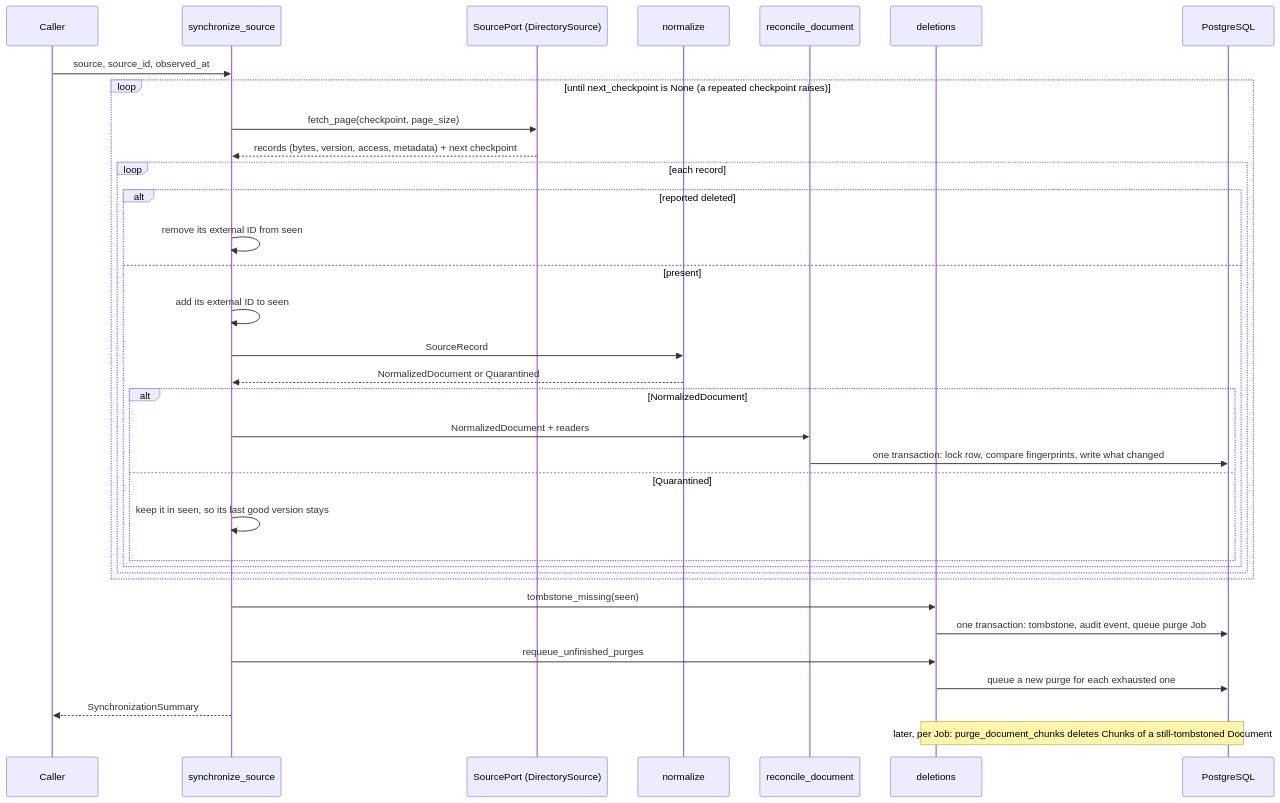
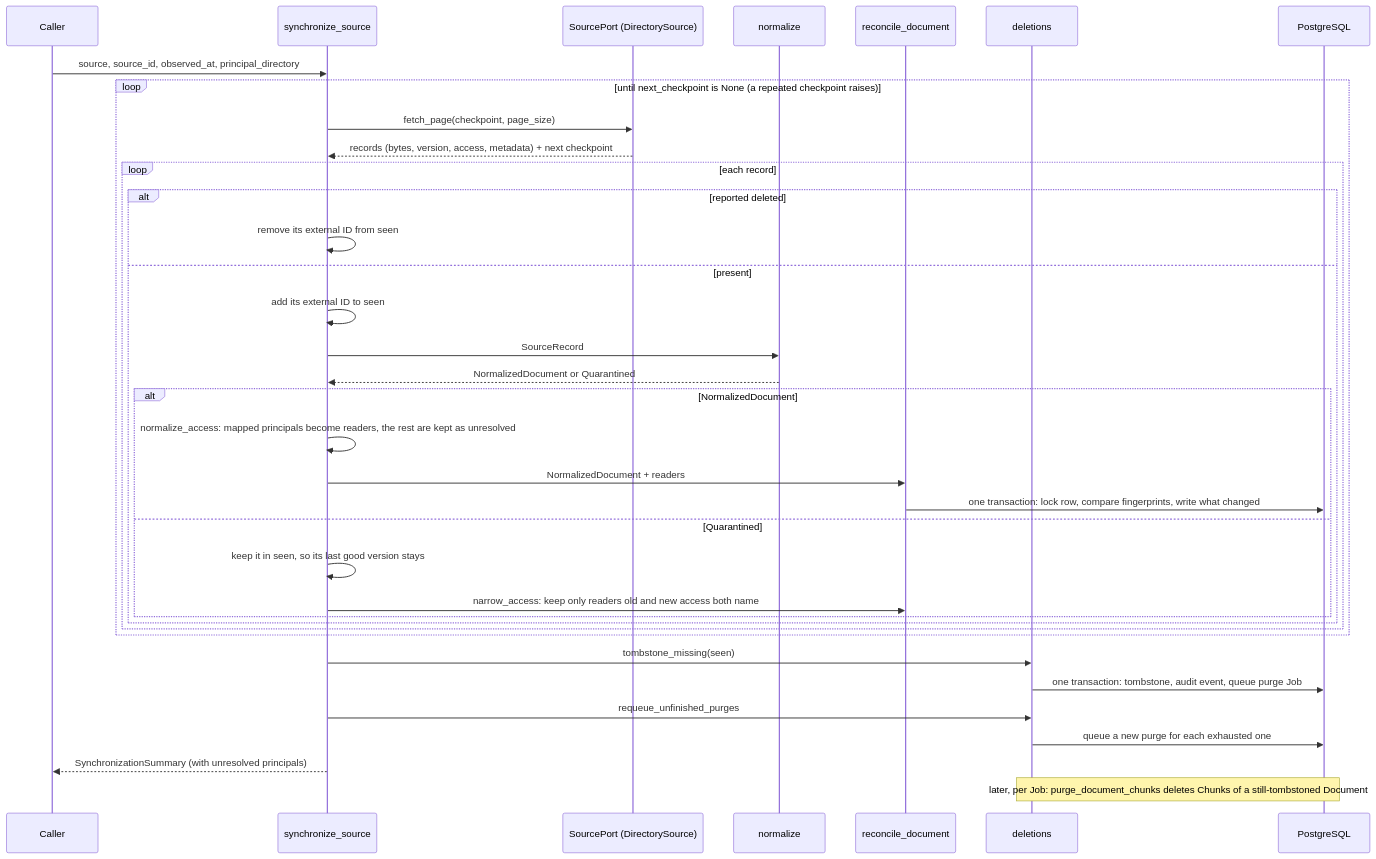
One commit to ivanverenich/knowledge-service changed the fifth of 10 diagrams in docs/architecture.md. Above: the diagram before and after it, drawn with Mermaid. The commit also changed other lines of this file and 15 other files, not shown here.

````diff
--- a/docs/architecture.md
+++ b/docs/architecture.md
@@ -197,36 +197,38 @@
 ```mermaid
 sequenceDiagram
     participant Caller
     participant Sync as synchronize_source
     participant Source as SourcePort (DirectorySource)
     participant Norm as normalize
     participant Rec as reconcile_document
     participant Del as deletions
     participant DB as PostgreSQL
-    Caller->>Sync: source, source_id, observed_at
+    Caller->>Sync: source, source_id, observed_at, principal_directory
     loop until next_checkpoint is None (a repeated checkpoint raises)
         Sync->>Source: fetch_page(checkpoint, page_size)
         Source-->>Sync: records (bytes, version, access, metadata) + next checkpoint
         loop each record
             alt reported deleted
                 Sync->>Sync: remove its external ID from seen
             else present
                 Sync->>Sync: add its external ID to seen
                 Sync->>Norm: SourceRecord
                 Norm-->>Sync: NormalizedDocument or Quarantined
                 alt NormalizedDocument
+                    Sync->>Sync: normalize_access: mapped principals become readers, the rest are kept as unresolved
                     Sync->>Rec: NormalizedDocument + readers
                     Rec->>DB: one transaction: lock row, compare fingerprints, write what changed
                 else Quarantined
                     Sync->>Sync: keep it in seen, so its last good version stays
+                    Sync->>Rec: narrow_access: keep only readers old and new access both name
                 end
             end
         end
     end
     Sync->>Del: tombstone_missing(seen)
     Del->>DB: one transaction: tombstone, audit event, queue purge Job
     Sync->>Del: requeue_unfinished_purges
     Del->>DB: queue a new purge for each exhausted one
-    Sync-->>Caller: SynchronizationSummary
+    Sync-->>Caller: SynchronizationSummary (with unresolved principals)
     Note over Del,DB: later, per Job: purge_document_chunks deletes Chunks of a still-tombstoned Document
 ```
````
